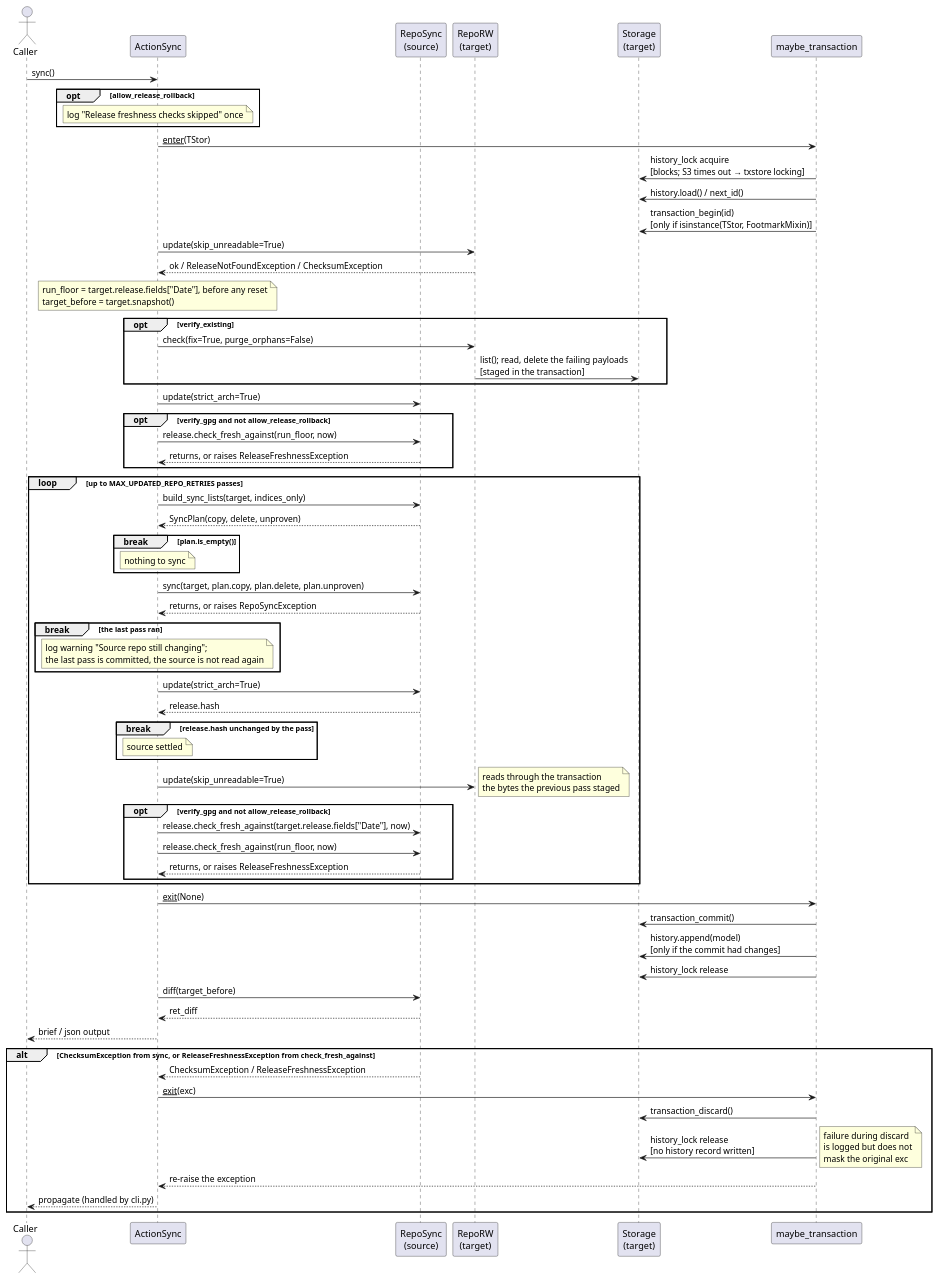
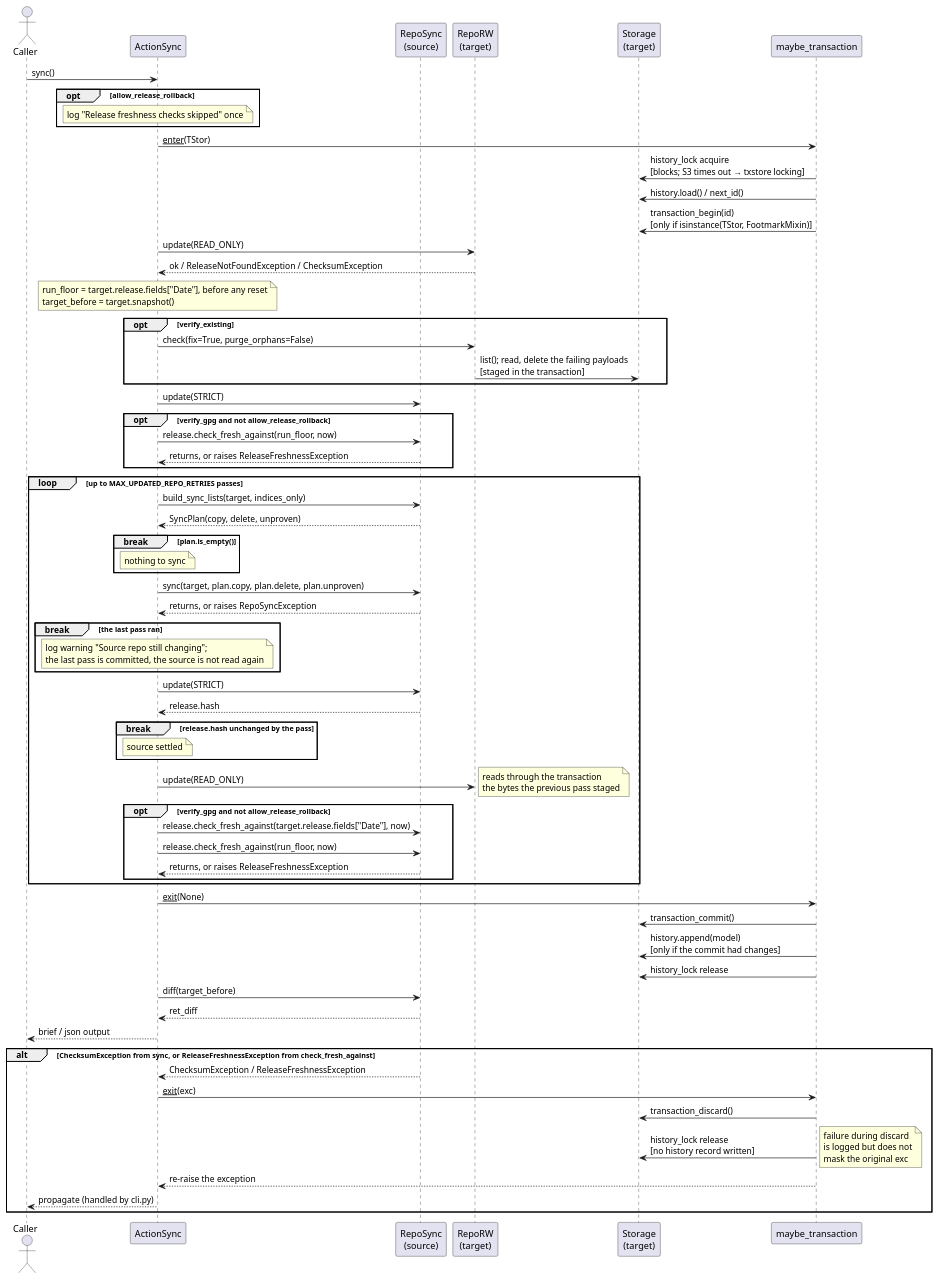
The diagram in docs/development/diagrams/action-sync-sequence.puml (vinklat/debkit), drawn with PlantUML before and after one commit. The commit also changed 12 other files, not shown here.

First line of the commit message:
Pass one IndexLoad mode instead of strict_arch and skip_unreadable

```diff
--- a/docs/development/diagrams/action-sync-sequence.puml
+++ b/docs/development/diagrams/action-sync-sequence.puml
@@ -1,81 +1,81 @@
 @startuml
 actor Caller
 participant ActionSync
 participant "RepoSync\n(source)" as Src
 participant "RepoRW\n(target)" as Tgt
 participant "Storage\n(target)" as TStor
 participant "maybe_transaction" as CM
 
 Caller -> ActionSync: sync()
 
 opt allow_release_rollback
   note over ActionSync: log "Release freshness checks skipped" once
 end
 
 ActionSync -> CM: __enter__(TStor)
 CM -> TStor: history_lock acquire\n[blocks; S3 times out → txstore locking]
 CM -> TStor: history.load() / next_id()
 CM -> TStor: transaction_begin(id)\n[only if isinstance(TStor, FootmarkMixin)]
 
-ActionSync -> Tgt: update(skip_unreadable=True)
+ActionSync -> Tgt: update(READ_ONLY)
 Tgt --> ActionSync: ok / ReleaseNotFoundException / ChecksumException
 note over ActionSync: run_floor = target.release.fields["Date"], before any reset\ntarget_before = target.snapshot()
 
 opt verify_existing
   ActionSync -> Tgt: check(fix=True, purge_orphans=False)
   Tgt -> TStor: list(); read, delete the failing payloads\n[staged in the transaction]
 end
 
-ActionSync -> Src: update(strict_arch=True)
+ActionSync -> Src: update(STRICT)
 opt verify_gpg and not allow_release_rollback
   ActionSync -> Src: release.check_fresh_against(run_floor, now)
   Src --> ActionSync: returns, or raises ReleaseFreshnessException
 end
 
 loop up to MAX_UPDATED_REPO_RETRIES passes
   ActionSync -> Src: build_sync_lists(target, indices_only)
   Src --> ActionSync: SyncPlan(copy, delete, unproven)
   break plan.is_empty()
     note over ActionSync: nothing to sync
   end
 
   ActionSync -> Src: sync(target, plan.copy, plan.delete, plan.unproven)
   Src --> ActionSync: returns, or raises RepoSyncException
   break the last pass ran
     note over ActionSync: log warning "Source repo still changing";\nthe last pass is committed, the source is not read again
   end
 
-  ActionSync -> Src: update(strict_arch=True)
+  ActionSync -> Src: update(STRICT)
   Src --> ActionSync: release.hash
   break release.hash unchanged by the pass
     note over ActionSync: source settled
   end
 
-  ActionSync -> Tgt: update(skip_unreadable=True)
+  ActionSync -> Tgt: update(READ_ONLY)
   note right: reads through the transaction\nthe bytes the previous pass staged
   opt verify_gpg and not allow_release_rollback
     ActionSync -> Src: release.check_fresh_against(target.release.fields["Date"], now)
     ActionSync -> Src: release.check_fresh_against(run_floor, now)
     Src --> ActionSync: returns, or raises ReleaseFreshnessException
   end
 end
 
 ActionSync -> CM: __exit__(None)
 CM -> TStor: transaction_commit()
 CM -> TStor: history.append(model)\n[only if the commit had changes]
 CM -> TStor: history_lock release
 
 ActionSync -> Src: diff(target_before)
 Src --> ActionSync: ret_diff
 ActionSync --> Caller: brief / json output
 
 alt ChecksumException from sync, or ReleaseFreshnessException from check_fresh_against
   Src --> ActionSync: ChecksumException / ReleaseFreshnessException
   ActionSync -> CM: __exit__(exc)
   CM -> TStor: transaction_discard()
   CM -> TStor: history_lock release\n[no history record written]
   note right: failure during discard\nis logged but does not\nmask the original exc
   CM --> ActionSync: re-raise the exception
   ActionSync --> Caller: propagate (handled by cli.py)
 end
 @enduml
```
